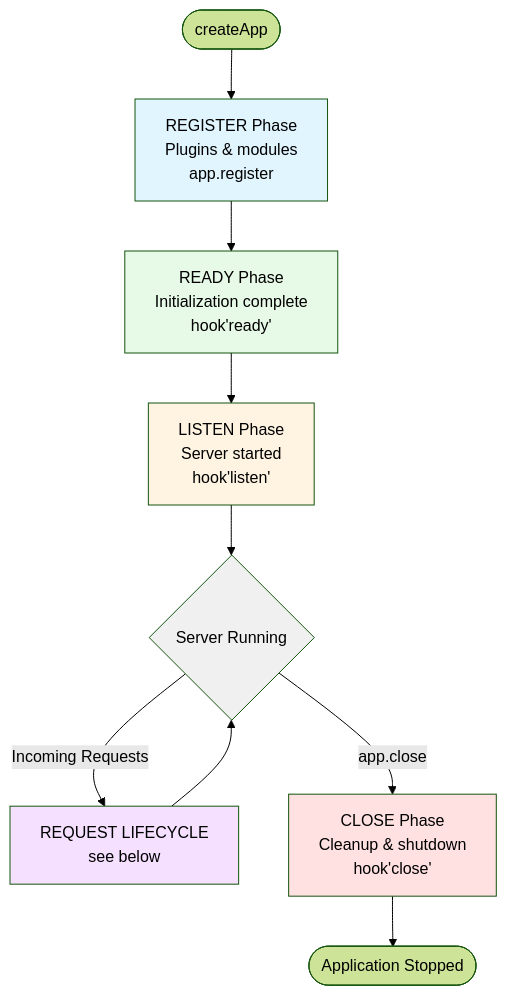
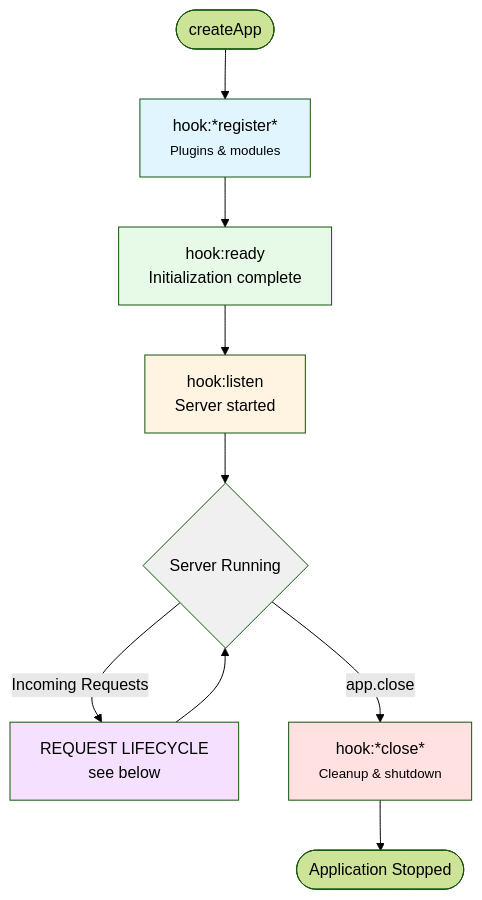
Before and after one commit to minima-js/minimajs: the diagram in docs/core-concepts/diagrams/application-lifecycle.md, drawn with Mermaid (forest theme). The commit also changed 7 other files, not shown here.

````diff
--- a/docs/core-concepts/diagrams/application-lifecycle.md
+++ b/docs/core-concepts/diagrams/application-lifecycle.md
@@ -1,18 +1,18 @@
 ```mermaid
 graph TD
     Start([createApp]) --> Register
-    Register[REGISTER Phase<br/>Plugins & modules<br/>app.register] --> Ready
-    Ready[READY Phase<br/>Initialization complete<br/>hook'ready'] --> Listen
-    Listen[LISTEN Phase<br/>Server started<br/>hook'listen'] --> Serving{Server Running}
+    Register[hook:*register*<br/><small>Plugins & modules] --> Ready
+    Ready[hook:ready<br/>Initialization complete] --> Listen
+    Listen[hook:listen<br/>Server started] --> Serving{Server Running}
     Serving -->|Incoming Requests| RequestCycle[REQUEST LIFECYCLE<br/>see below]
     RequestCycle --> Serving
-    Serving -->|app.close| Close[CLOSE Phase<br/>Cleanup & shutdown<br/>hook'close']
+    Serving -->|app.close| Close[hook:*close*<br/><small>Cleanup & shutdown</small>]
     Close --> End([Application Stopped])
 
     style Register fill:#e1f5ff
     style Ready fill:#e7f9e7
     style Listen fill:#fff4e1
     style Serving fill:#f0f0f0
     style Close fill:#ffe1e1
     style RequestCycle fill:#f5e1ff
 ```
````
